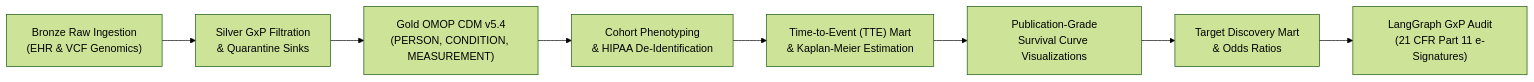
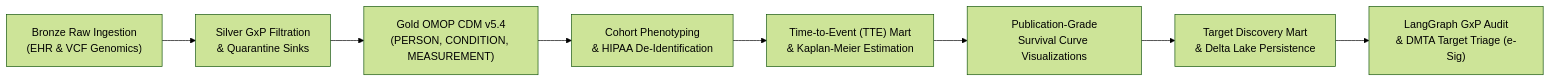
One commit to ptsoumaki/life-sciences-data-foundry changed the diagram in notebooks/README.md. Above: the diagram before and after it, drawn with Mermaid (forest theme). The commit also changed other lines of this file and 11 other files, not shown here.

First line of the commit message:
fix(showcase): remediate DMTA steward checkpoint parsing and showcase target mart persistence

````diff
--- a/notebooks/README.md
+++ b/notebooks/README.md
@@ -9,10 +9,10 @@
 ```mermaid
 flowchart LR
     A["Bronze Raw Ingestion<br/>(EHR & VCF Genomics)"] --> B["Silver GxP Filtration<br/>& Quarantine Sinks"]
     B --> C["Gold OMOP CDM v5.4<br/>(PERSON, CONDITION, MEASUREMENT)"]
     C --> D["Cohort Phenotyping<br/>& HIPAA De-Identification"]
     D --> E["Time-to-Event (TTE) Mart<br/>& Kaplan-Meier Estimation"]
     E --> F["Publication-Grade<br/>Survival Curve Visualizations"]
-    F --> G["Target Discovery Mart<br/>& Odds Ratios"]
-    G --> H["LangGraph GxP Audit<br/>(21 CFR Part 11 e-Signatures)"]
+    F --> G["Target Discovery Mart<br/>& Delta Lake Persistence"]
+    G --> H["LangGraph GxP Audit<br/>& DMTA Target Triage (e-Sig)"]
 ```
````
